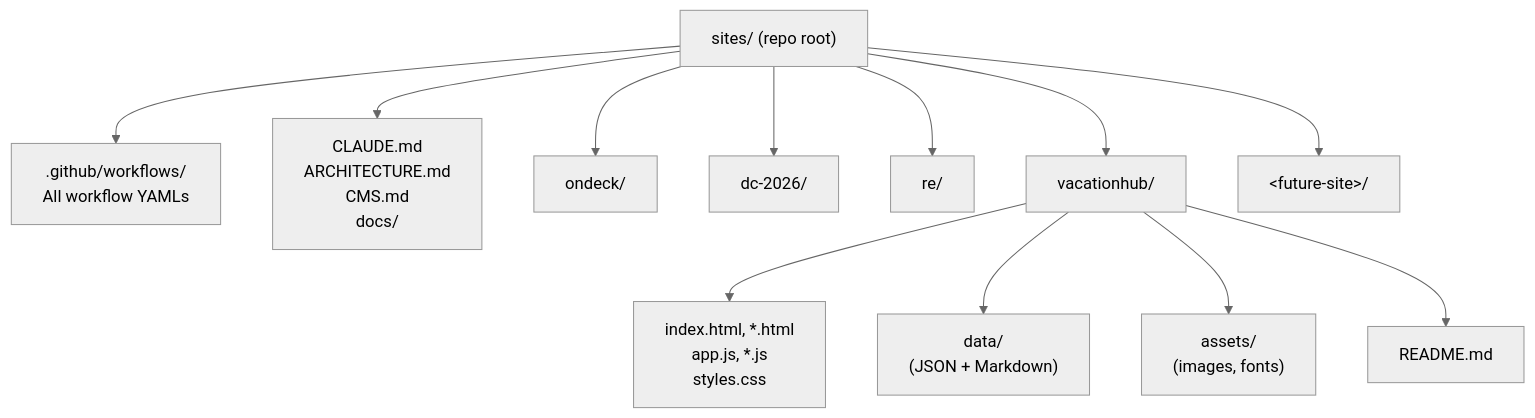
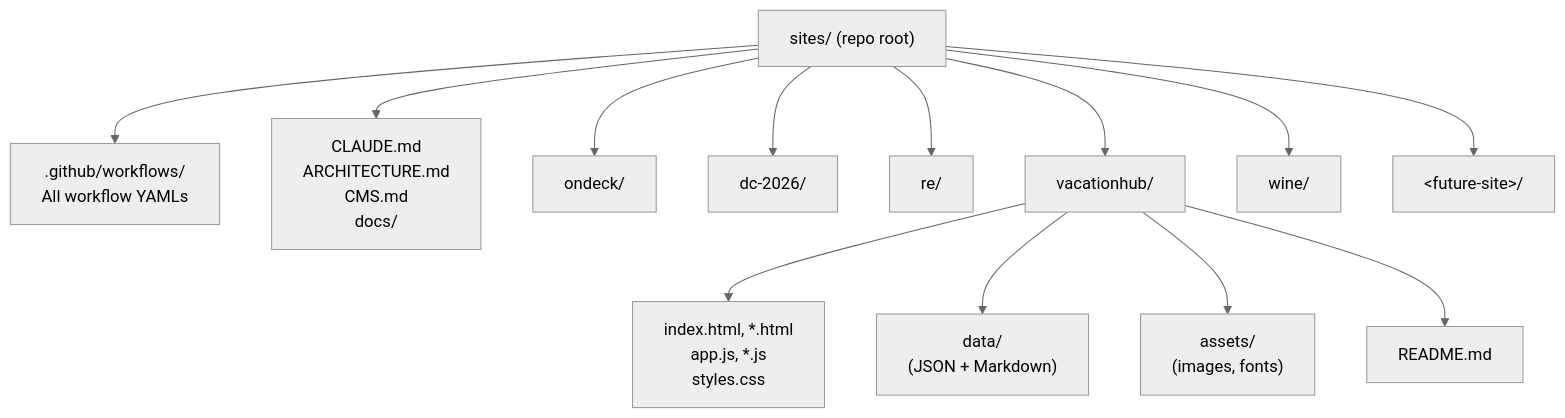
One commit to mpoling/sites changed the fourth of 6 diagrams in ARCHITECTURE.md. Above: the diagram before and after it, drawn with Mermaid (neutral theme). The commit also changed other lines of this file and 9 other files, not shown here.

````diff
--- a/ARCHITECTURE.md
+++ b/ARCHITECTURE.md
@@ -125,16 +125,17 @@
 ```mermaid
 flowchart TD
     Root["sites/ (repo root)"]
     Root --> Meta[".github/workflows/<br/>All workflow YAMLs"]
     Root --> Docs["CLAUDE.md<br/>ARCHITECTURE.md<br/>CMS.md<br/>docs/"]
     Root --> Site1["ondeck/"]
     Root --> Site2["dc-2026/"]
     Root --> Site3["re/"]
     Root --> Site4["vacationhub/"]
+    Root --> Site5["wine/"]
     Root --> FutureSite["&lt;future-site&gt;/"]
 
     Site4 --> S4Idx["index.html, *.html<br/>app.js, *.js<br/>styles.css"]
     Site4 --> S4Data["data/<br/>(JSON + Markdown)"]
     Site4 --> S4Assets["assets/<br/>(images, fonts)"]
     Site4 --> S4Read["README.md"]
 ```
````
